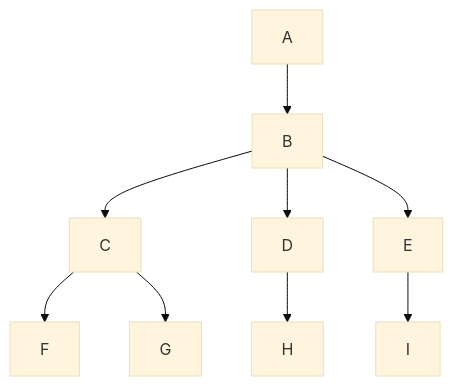
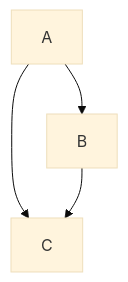
One commit to stefafafan/closure2wbs changed the diagram in README.md. Above: the diagram before and after it, drawn with Mermaid (base theme). The commit also changed other lines of this file, not shown here.

````diff
--- a/README.md
+++ b/README.md
@@ -123,11 +95,6 @@
 ```mermaid
 flowchart TD
 A --> B
+A --> C
 B --> C
-B --> D
-B --> E
-C --> F
-C --> G
-D --> H
-E --> I
 ```
````
